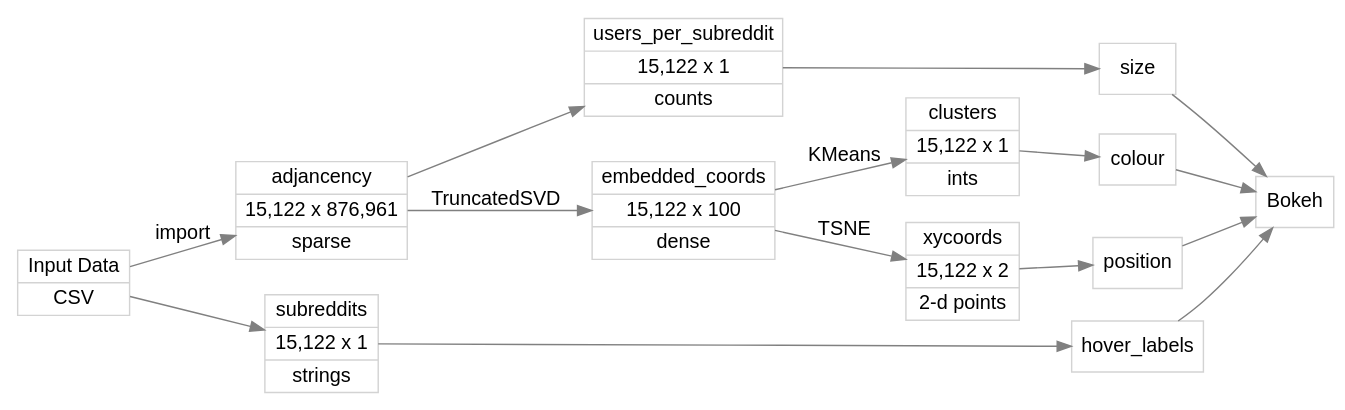
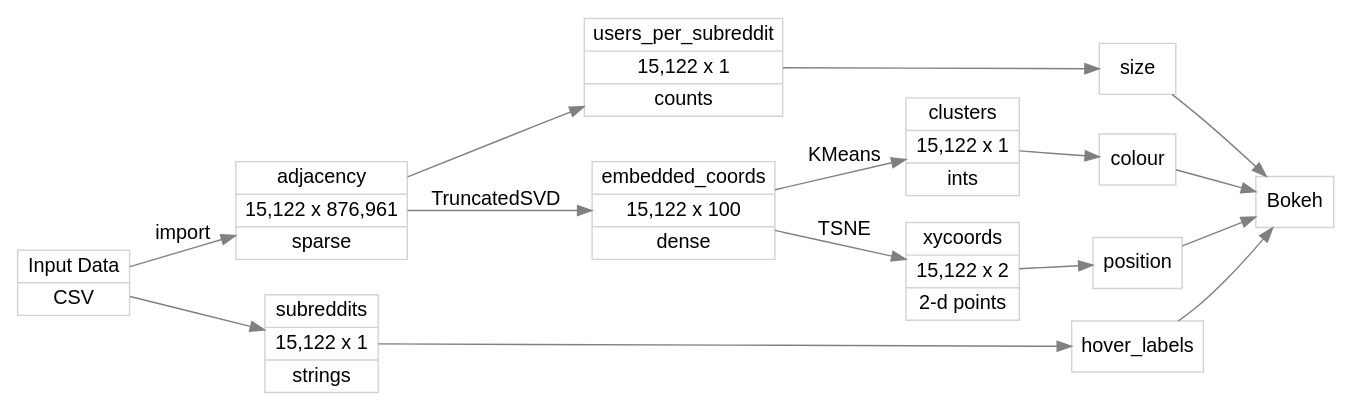
Before and after one commit to datacratic/mtlpy50: the diagram in diagram.dot, drawn with Graphviz. The commit also changed 3 other files, not shown here.

```diff
--- a/diagram.dot
+++ b/diagram.dot
@@ -1,19 +1,19 @@
 digraph {
 rankdir=LR; size=11; node [shape=record fontname="Arial" color=lightgrey]; edge [ color=grey fontname="Arial"]
 data[label="Input Data | CSV"]
-adjancency[label="adjancency | 15,122 x 876,961 | sparse "]; data -> adjancency [label="import"]; 
+adjacency[label="adjacency | 15,122 x 876,961 | sparse "]; data -> adjacency [label="import"]; 
 subreddits[label="subreddits | 15,122 x 1 | strings "]; data -> subreddits
 
-users_per_subreddit[label="users_per_subreddit | 15,122 x 1 | counts "]; adjancency->users_per_subreddit 
-{ rank=same  adjancency subreddits }
+users_per_subreddit[label="users_per_subreddit | 15,122 x 1 | counts "]; adjacency->users_per_subreddit 
+{ rank=same  adjacency subreddits }
 
-embedded_coords[label="embedded_coords | 15,122 x 100 | dense "]; adjancency->embedded_coords [label="TruncatedSVD"];
+embedded_coords[label="embedded_coords | 15,122 x 100 | dense "]; adjacency->embedded_coords [label="TruncatedSVD"];
 { rank=same  users_per_subreddit embedded_coords }
 
 clusters[label="clusters | 15,122 x 1 | ints"]; embedded_coords->clusters [label="KMeans"]
 xycoords[label="xycoords | 15,122 x 2 | 2-d points"]; embedded_coords->xycoords [label="TSNE"]
 
 users_per_subreddit->size->Bokeh; xycoords->position->Bokeh
 clusters->colour->Bokeh; subreddits->hover_labels->Bokeh
 { rank=same  size colour hover_labels position }
 }
```
